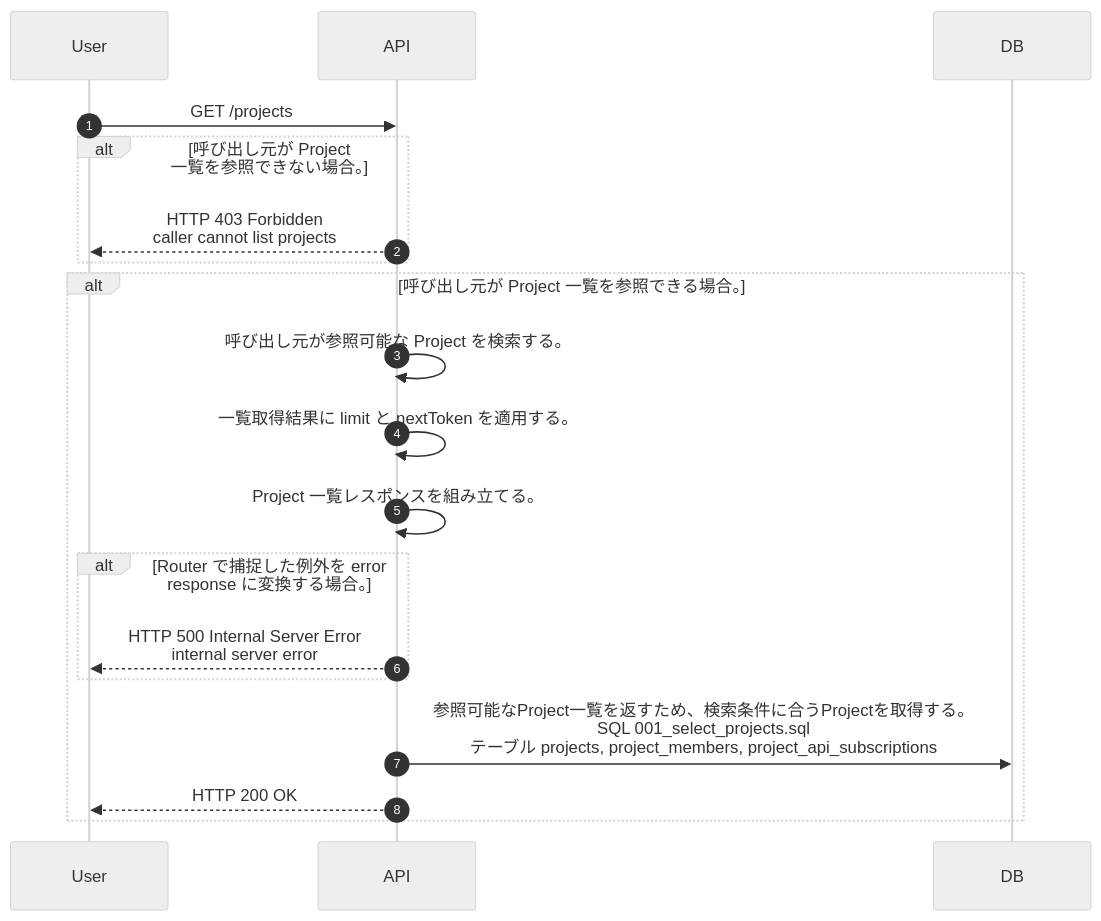
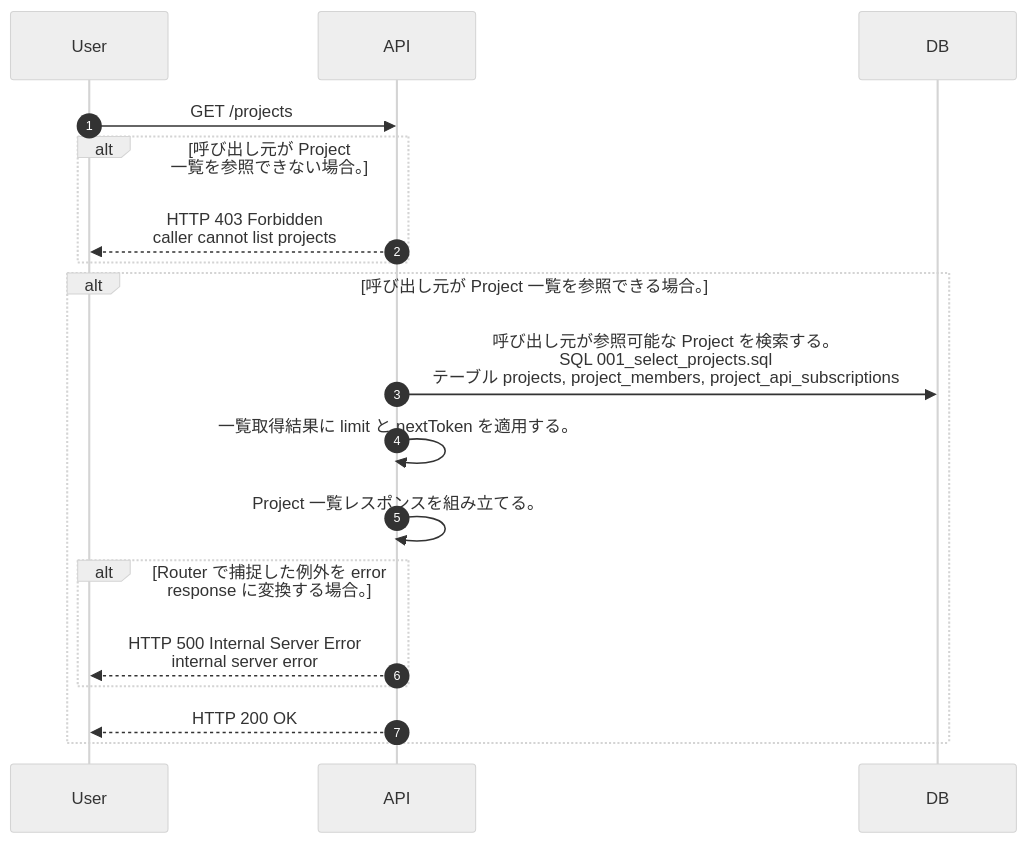
The diagram in docs/spec/40.apis/projects/list_projects/sequence_gen.md (tsuji-tomonori/lazunex), drawn with Mermaid (neutral theme) before and after one commit. The commit also changed 14 other files, not shown here.

````diff
--- a/docs/spec/40.apis/projects/list_projects/sequence_gen.md
+++ b/docs/spec/40.apis/projects/list_projects/sequence_gen.md
@@ -5,21 +5,20 @@
 ```mermaid
 sequenceDiagram
   autonumber
   participant User as User
   participant API as API
   participant DB as DB
   User->>API: GET /projects
   alt 呼び出し元が Project 一覧を参照できない場合。
     API-->>User: HTTP 403 Forbidden<br/>caller cannot list projects
   end
   alt 呼び出し元が Project 一覧を参照できる場合。
-    API->>API: 呼び出し元が参照可能な Project を検索する。
+    API->>DB: 呼び出し元が参照可能な Project を検索する。<br/>SQL 001_select_projects.sql<br/>テーブル projects, project_members, project_api_subscriptions
     API->>API: 一覧取得結果に limit と nextToken を適用する。
     API->>API: Project 一覧レスポンスを組み立てる。
     alt Router で捕捉した例外を error response に変換する場合。
       API-->>User: HTTP 500 Internal Server Error<br/>internal server error
     end
-    API->>DB: 参照可能なProject一覧を返すため、検索条件に合うProjectを取得する。<br/>SQL 001_select_projects.sql<br/>テーブル projects, project_members, project_api_subscriptions
     API-->>User: HTTP 200 OK
   end
 ```
````
